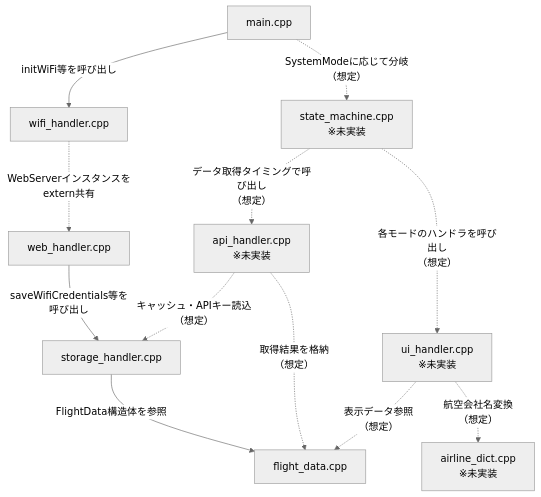
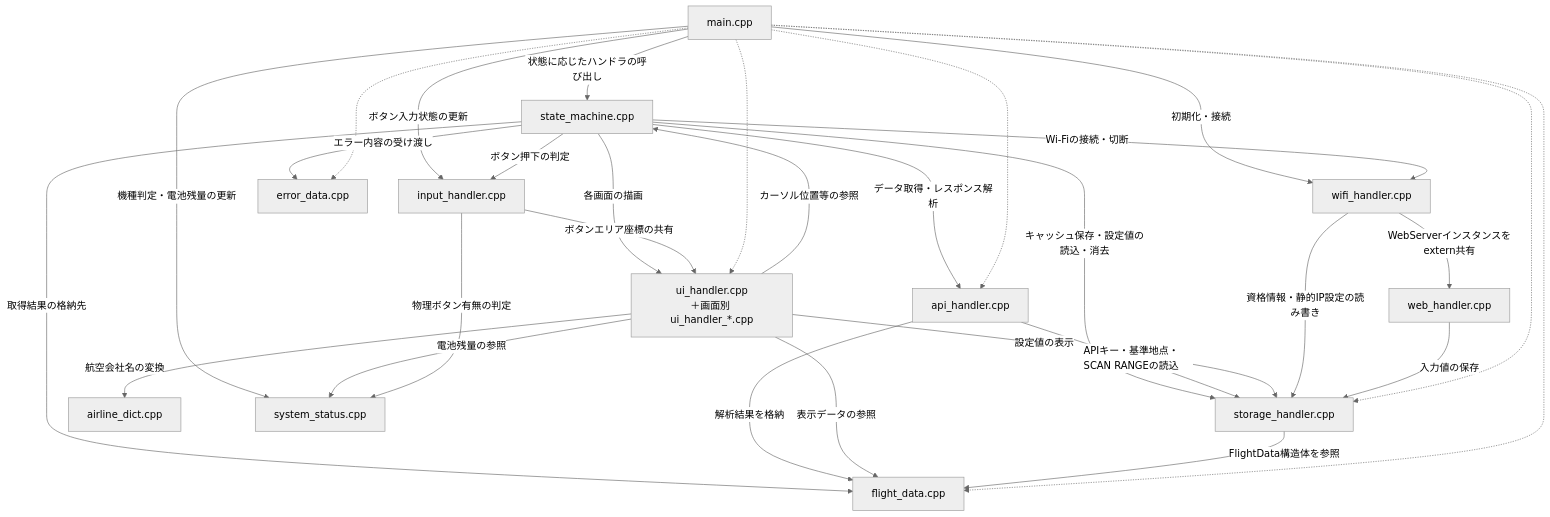
The diagram in docs/プロジェクト仕様書_M5Stack_航空機スキャンシステム.md (ymo999/m5stack-flight-tracker), drawn with Mermaid (neutral theme) before and after one commit. The commit also changed other lines of this file and 1 other file, not shown here.

````diff
--- a/docs/プロジェクト仕様書_M5Stack_航空機スキャンシステム.md
+++ b/docs/プロジェクト仕様書_M5Stack_航空機スキャンシステム.md
@@ -2048,25 +2035,52 @@
 ```mermaid
 graph TD
     main[main.cpp]
+    state[state_machine.cpp]
+    input[input_handler.cpp]
+    ui[ui_handler.cpp<br/>＋画面別 ui_handler_*.cpp]
+    api[api_handler.cpp]
     wifi[wifi_handler.cpp]
     web[web_handler.cpp]
     storage[storage_handler.cpp]
     flight[flight_data.cpp]
-    api[api_handler.cpp<br/>※未実装]
-    ui[ui_handler.cpp<br/>※未実装]
-    state[state_machine.cpp<br/>※未実装]
-    dict[airline_dict.cpp<br/>※未実装]
+    error[error_data.cpp]
+    dict[airline_dict.cpp]
+    status[system_status.cpp]
 
-    main -->|initWiFi等を呼び出し| wifi
-    wifi -.->|WebServerインスタンスをextern共有| web
-    web -->|saveWifiCredentials等を呼び出し| storage
+    main -->|状態に応じたハンドラの呼び出し| state
+    main -->|ボタン入力状態の更新| input
+    main -->|初期化・接続| wifi
+    main -->|機種判定・電池残量の更新| status
+
+    state -->|各画面の描画| ui
+    state -->|データ取得・レスポンス解析| api
+    state -->|Wi-Fiの接続・切断| wifi
+    state -->|キャッシュ保存・設定値の読込・消去| storage
+    state -->|ボタン押下の判定| input
+    state -->|取得結果の格納先| flight
+    state -->|エラー内容の受け渡し| error
+
+    api -->|APIキー・基準地点・SCAN RANGEの読込| storage
+    api -->|解析結果を格納| flight
+
+    ui -->|表示データの参照| flight
+    ui -->|航空会社名の変換| dict
+    ui -->|設定値の表示| storage
+    ui -->|電池残量の参照| status
+    ui -->|カーソル位置等の参照| state
+
+    input -->|物理ボタン有無の判定| status
+    input -->|ボタンエリア座標の共有| ui
+
+    wifi -->|WebServerインスタンスをextern共有| web
+    wifi -->|資格情報・静的IP設定の読み書き| storage
+    web -->|入力値の保存| storage
+
     storage -->|FlightData構造体を参照| flight
 
-    main -.->|SystemModeに応じて分岐<br/>（想定）| state
-    state -.->|各モードのハンドラを呼び出し<br/>（想定）| ui
-    state -.->|データ取得タイミングで呼び出し<br/>（想定）| api
-    api -.->|取得結果を格納<br/>（想定）| flight
-    api -.->|キャッシュ・APIキー読込<br/>（想定）| storage
-    ui -.->|表示データ参照<br/>（想定）| flight
-    ui -.->|航空会社名変換<br/>（想定）| dict
+    main -.-> api
+    main -.-> storage
+    main -.-> flight
+    main -.-> error
+    main -.-> ui
 ```
````
